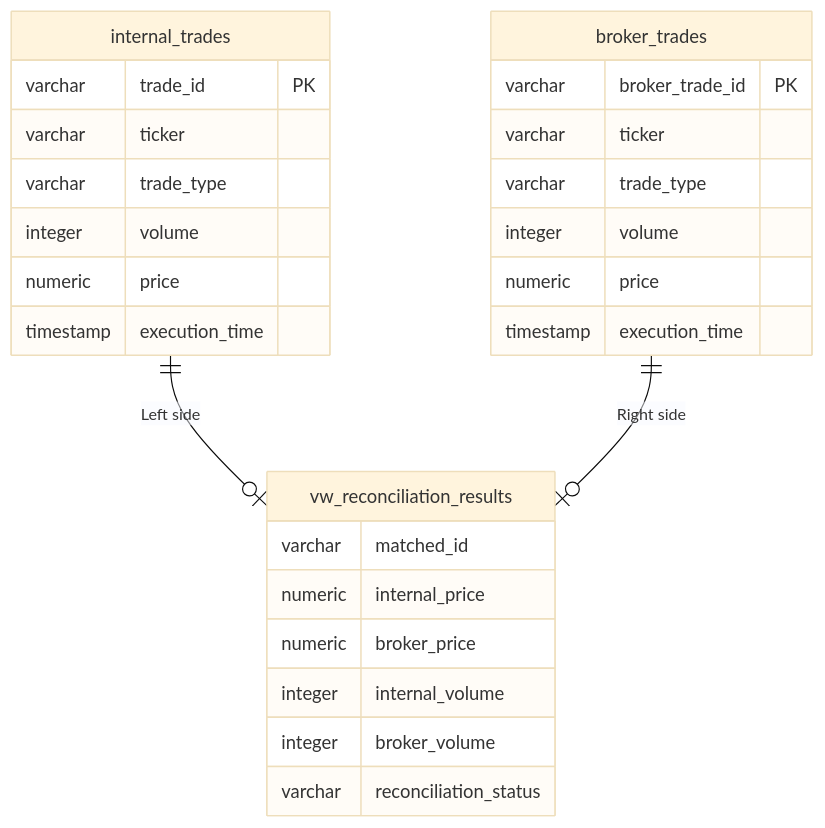
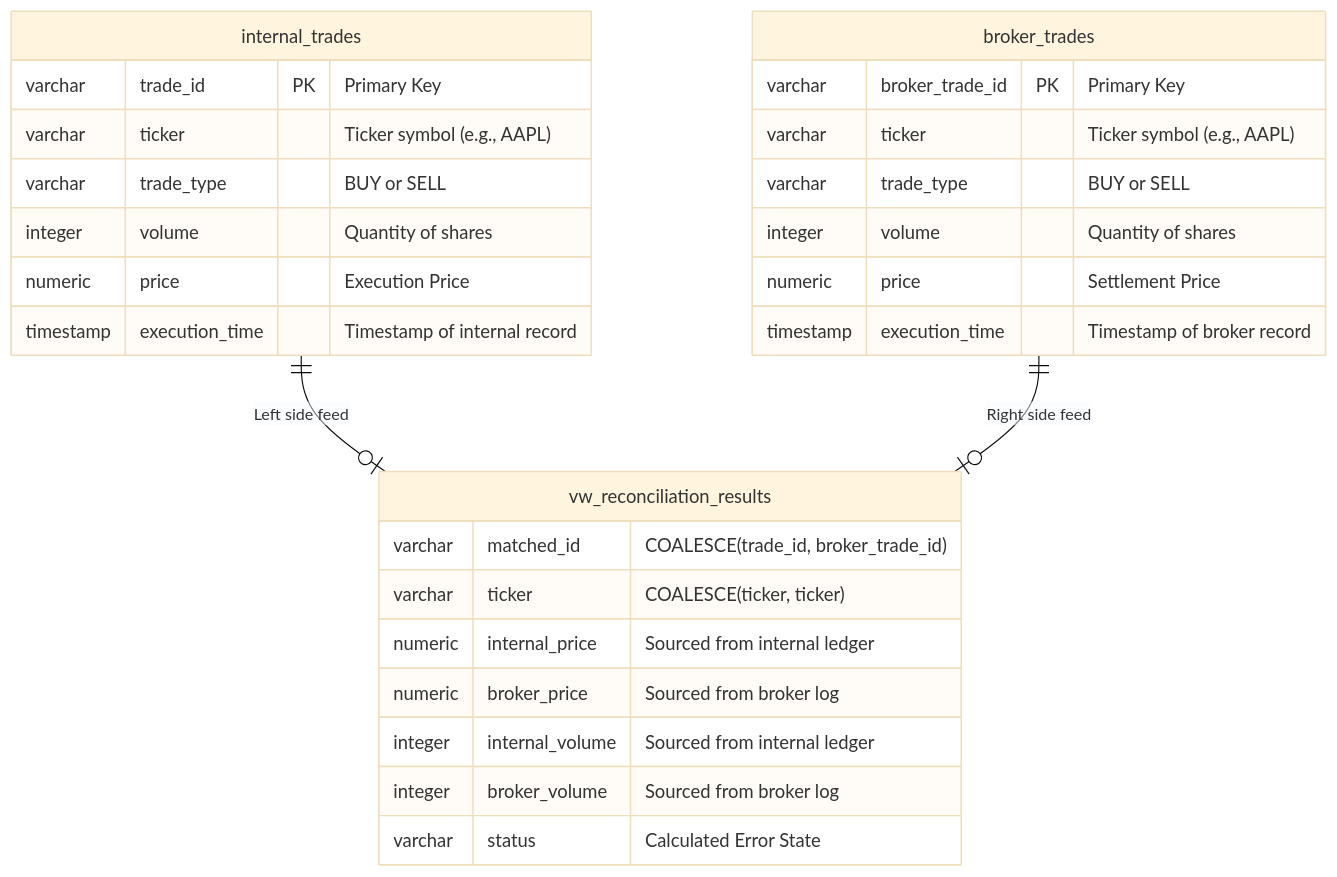
One commit to Arjun140205/Trade-reconcilation-engine changed the diagram in README.md. Above: the diagram before and after it, drawn with Mermaid (base theme).

````diff
--- a/README.md
+++ b/README.md
@@ -104,29 +104,33 @@
 ```mermaid
 erDiagram
     internal_trades {
-        varchar trade_id PK
-        varchar ticker
-        varchar trade_type
-        integer volume
-        numeric price
-        timestamp execution_time
+        varchar trade_id PK "Primary Key"
+        varchar ticker "Ticker symbol (e.g., AAPL)"
+        varchar trade_type "BUY or SELL"
+        integer volume "Quantity of shares"
+        numeric price "Execution Price"
+        timestamp execution_time "Timestamp of internal record"
     }
+
     broker_trades {
-        varchar broker_trade_id PK
-        varchar ticker
-        varchar trade_type
-        integer volume
-        numeric price
-        timestamp execution_time
+        varchar broker_trade_id PK "Primary Key"
+        varchar ticker "Ticker symbol (e.g., AAPL)"
+        varchar trade_type "BUY or SELL"
+        integer volume "Quantity of shares"
+        numeric price "Settlement Price"
+        timestamp execution_time "Timestamp of broker record"
     }
+
     vw_reconciliation_results {
-        varchar matched_id
-        numeric internal_price
-        numeric broker_price
-        integer internal_volume
-        integer broker_volume
-        varchar reconciliation_status
+        varchar matched_id "COALESCE(trade_id, broker_trade_id)"
+        varchar ticker "COALESCE(ticker, ticker)"
+        numeric internal_price "Sourced from internal ledger"
+        numeric broker_price "Sourced from broker log"
+        integer internal_volume "Sourced from internal ledger"
+        integer broker_volume "Sourced from broker log"
+        varchar status "Calculated Error State"
     }
-    internal_trades ||--o| vw_reconciliation_results : "Left side"
-    broker_trades ||--o| vw_reconciliation_results : "Right side"
+
+    internal_trades ||--o| vw_reconciliation_results : "Left side feed"
+    broker_trades ||--o| vw_reconciliation_results : "Right side feed"
 ```
````
